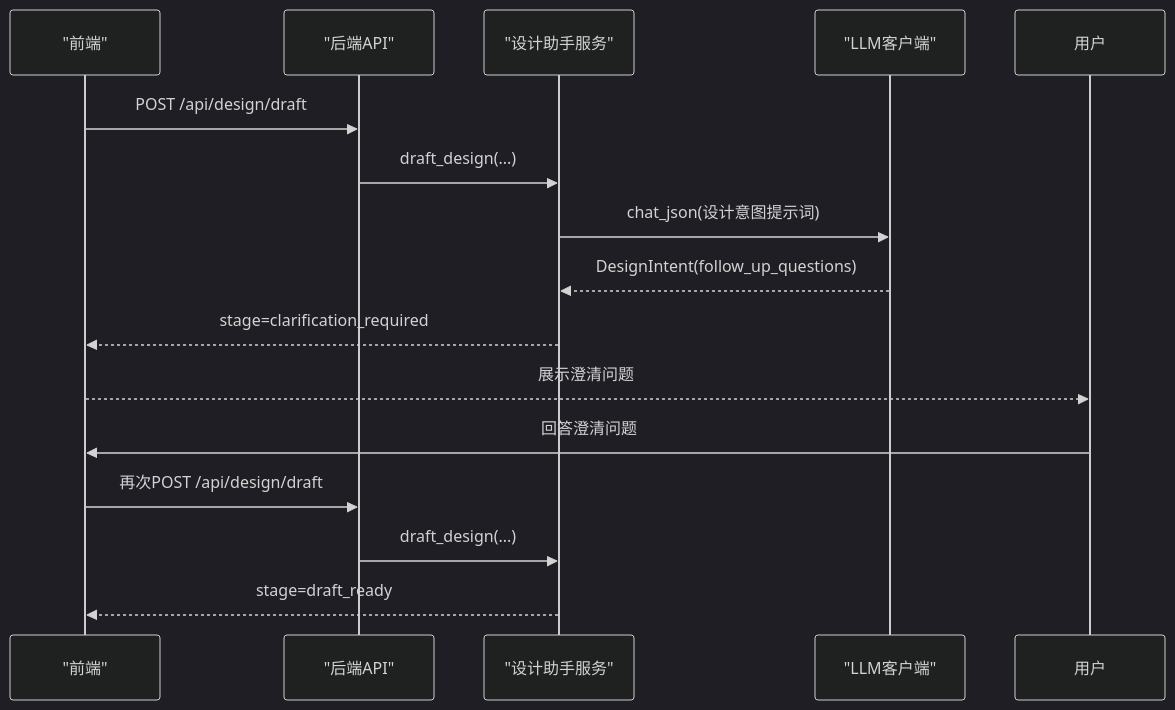
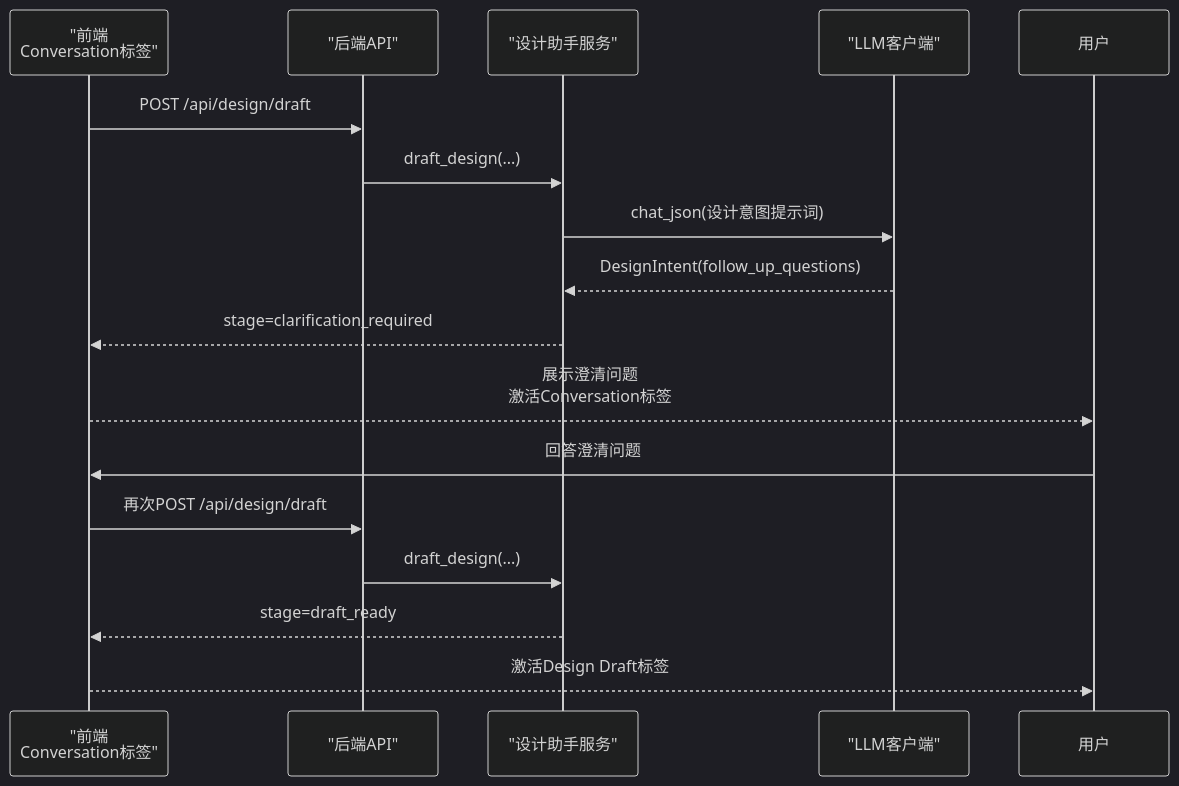
Before and after one commit to wsqstar/RoadGen3D: the sixth of 8 diagrams in .qoder/repowiki/zh/content/Web界面系统/工作台界面/LLM对话面板.md, drawn with Mermaid (dark theme). The commit also changed other lines of this file and 8 other files, not shown here.

````diff
--- a/.qoder/repowiki/zh/content/Web界面系统/工作台界面/LLM对话面板.md
+++ b/.qoder/repowiki/zh/content/Web界面系统/工作台界面/LLM对话面板.md
@@ -227,17 +310,18 @@
 ```mermaid
 sequenceDiagram
-participant FE as "前端"
+participant FE as "前端<br/>Conversation标签"
 participant API as "后端API"
 participant DA as "设计助手服务"
 participant LLM as "LLM客户端"
 FE->>API : POST /api/design/draft
 API->>DA : draft_design(...)
 DA->>LLM : chat_json(设计意图提示词)
 LLM-->>DA : DesignIntent(follow_up_questions)
 DA-->>FE : stage=clarification_required
-FE-->>用户 : 展示澄清问题
+FE-->>用户 : 展示澄清问题<br/>激活Conversation标签
 用户->>FE : 回答澄清问题
 FE->>API : 再次POST /api/design/draft
 API->>DA : draft_design(...)
 DA-->>FE : stage=draft_ready
+FE-->>用户 : 激活Design Draft标签
 ```
````
